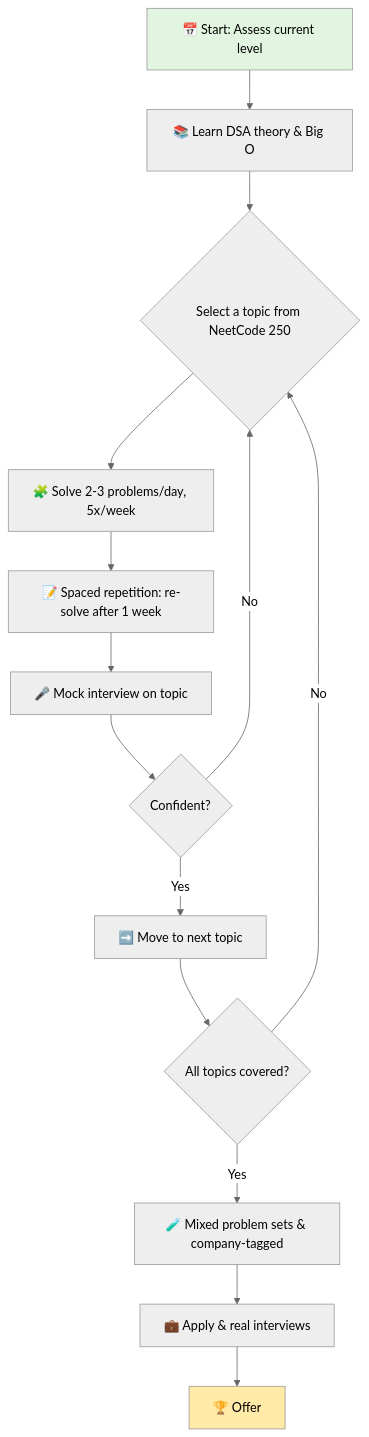
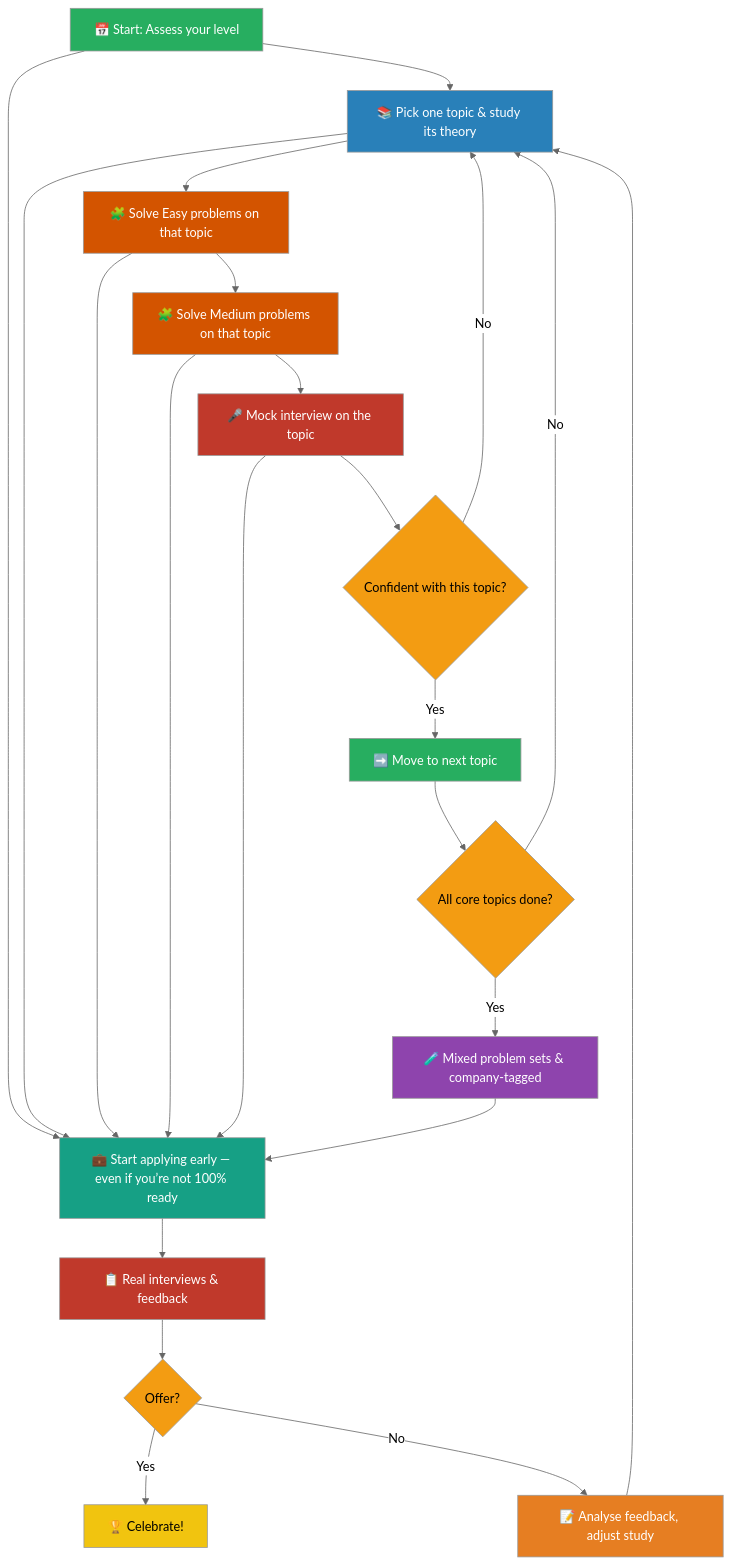
Before and after one commit to AmandaFernandes0701/dev-internship-survival-guide: the diagram in README.md, drawn with Mermaid (neutral theme). The commit also changed other lines of this file, not shown here.

Commit message:
Update README for clarity and structure

````diff
--- a/README.md
+++ b/README.md
@@ -130,19 +133,41 @@
 ```mermaid
 flowchart TD
-    A[📅 Start: Assess current level] --> B[📚 Learn DSA theory & Big O]
-    B --> C{Select a topic from NeetCode 250}
-    C --> D[🧩 Solve 2-3 problems/day, 5x/week]
-    D --> E[📝 Spaced repetition: re-solve after 1 week]
-    E --> F[🎤 Mock interview on topic]
-    F --> G{Confident?}
-    G -- Yes --> H[➡️ Move to next topic]
-    G -- No --> C
-    H --> I{All topics covered?}
-    I -- Yes --> J[🧪 Mixed problem sets & company-tagged]
-    I -- No --> C
-    J --> K[💼 Apply & real interviews]
-    K --> L[🏆 Offer]
+    A[📅 Start: Assess your level] --> B[📚 Pick one topic & study its theory]
+    B --> C[🧩 Solve Easy problems on that topic]
+    C --> D[🧩 Solve Medium problems on that topic]
+    D --> E[🎤 Mock interview on the topic]
+    E --> F{Confident with this topic?}
+    F -- No --> B
+    F -- Yes --> G[➡️ Move to next topic]
+    G --> H{All core topics done?}
+    H -- No --> B
+    H -- Yes --> I[🧪 Mixed problem sets & company-tagged]
     
-    style A fill:#e1f5e1
-    style L fill:#ffeaa7
+    %% parallel apply path
+    A --> M[💼 Start applying early — even if you’re not 100% ready]
+    B --> M
+    C --> M
+    D --> M
+    E --> M
+    I --> M
+    M --> N[📋 Real interviews & feedback]
+    N --> O{Offer?}
+    O -- Yes --> L[🏆 Celebrate!]
+    O -- No --> P[📝 Analyse feedback, adjust study]
+    P --> B
+    
+    style A fill:#27ae60,color:#fff
+    style B fill:#2980b9,color:#fff
+    style C fill:#d35400,color:#fff
+    style D fill:#d35400,color:#fff
+    style E fill:#c0392b,color:#fff
+    style F fill:#f39c12,color:#000
+    style G fill:#27ae60,color:#fff
+    style H fill:#f39c12,color:#000
+    style I fill:#8e44ad,color:#fff
+    style M fill:#16a085,color:#fff
+    style N fill:#c0392b,color:#fff
+    style O fill:#f39c12,color:#000
+    style L fill:#f1c40f,color:#000
+    style P fill:#e67e22,color:#fff
 ```
````
